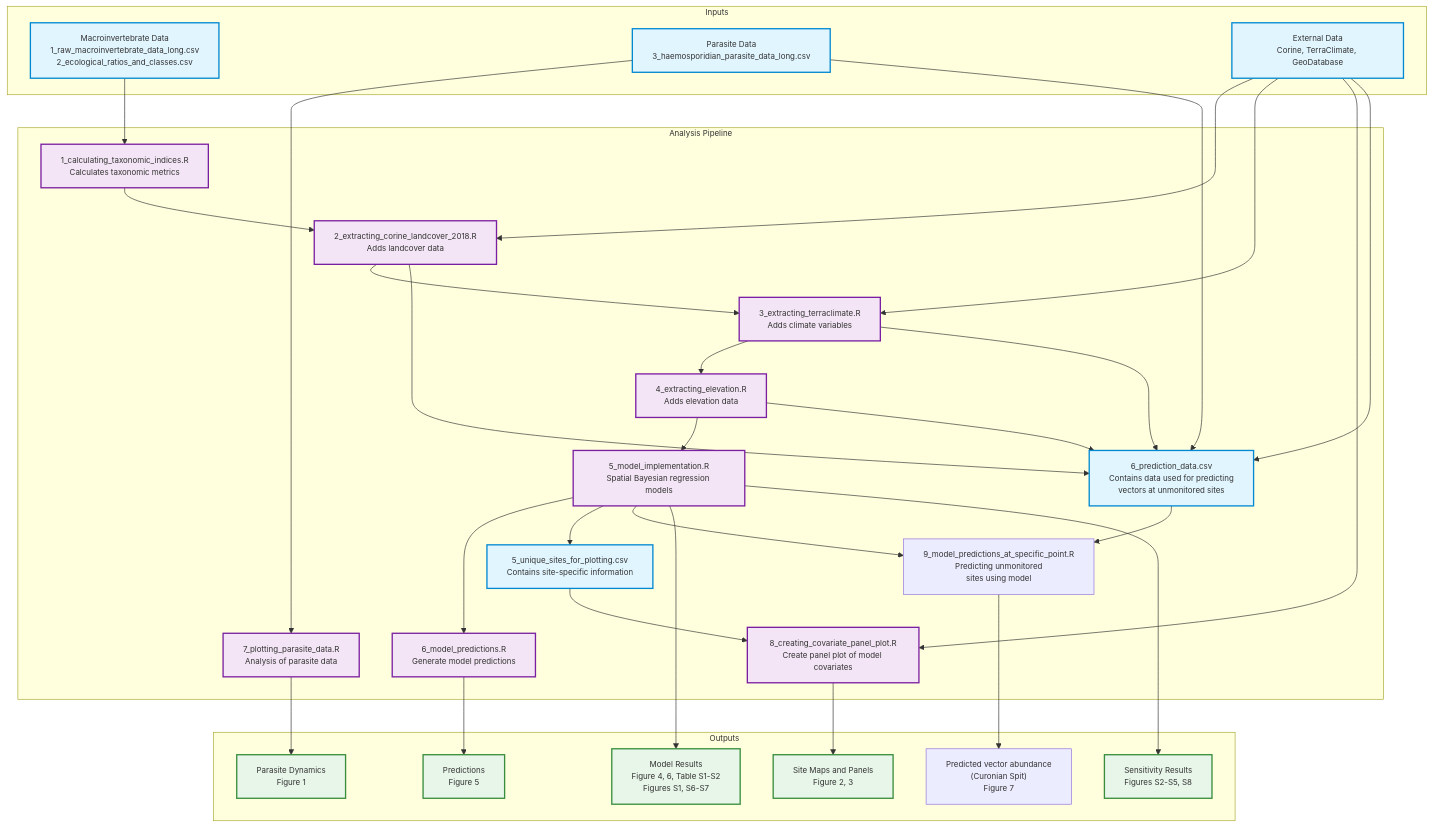
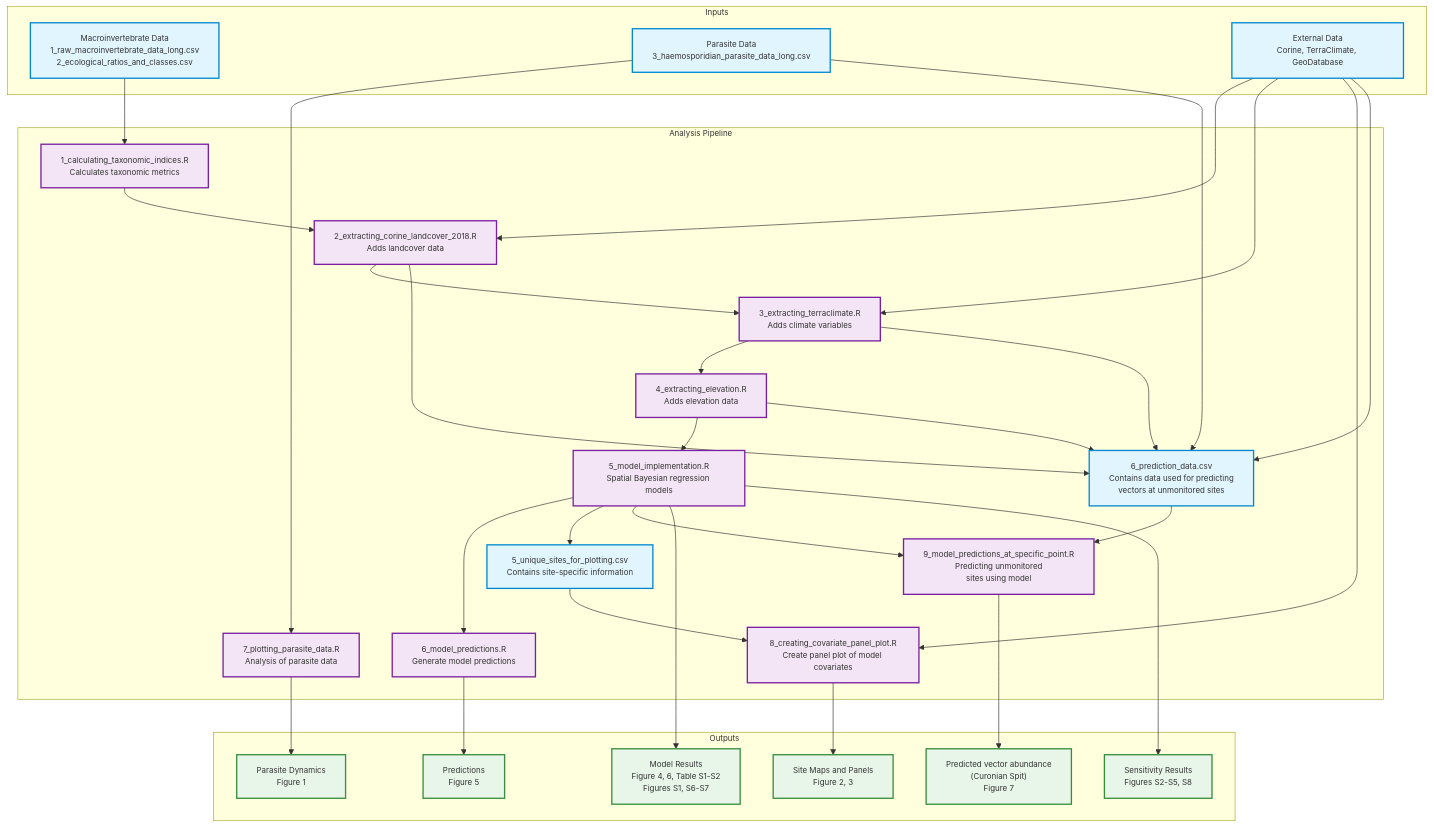
One commit to HeeeyNathan/Predicting_vector_abundance_in_Lithuania changed the diagram in README.md. Above: the diagram before and after it, drawn with Mermaid.

Commit message:
final final final read.me

````diff
--- a/README.md
+++ b/README.md
@@ -177,52 +177,52 @@
 ``` mermaid
 %%{init: {'themeVariables': { 'fontSize': '12px'}}}%%
 %%{init: {'themeVariables': { 'nodePadding': 14}}}%%
 graph TD
     subgraph Inputs
         R["Macroinvertebrate Data<br/>1_raw_macroinvertebrate_data_long.csv<br/>2_ecological_ratios_and_classes.csv"]
         P["Parasite Data<br/>3_haemosporidian_parasite_data_long.csv"]
         E["External Data<br/>Corine, TerraClimate, GeoDatabase"]
     end
     
     subgraph Analysis Pipeline
         R --> S1["1_calculating_taxonomic_indices.R<br/>Calculates taxonomic metrics"]
         S1 --> S2["2_extracting_corine_landcover_2018.R<br/>Adds landcover data"]
         E --> S2
         S2 --> S3["3_extracting_terraclimate.R<br/>Adds climate variables"]
         E --> S3
         S3 --> S4["4_extracting_elevation.R<br/>Adds elevation data"]
         S4 --> S5["5_model_implementation.R<br/>Spatial Bayesian regression models"]
         S5 --> S6["6_model_predictions.R<br/>Generate model predictions"]
         S5 --> Sites["5_unique_sites_for_plotting.csv<br/>Contains site-specific information"]
         Sites --> S8["8_creating_covariate_panel_plot.R<br/>Create panel plot of model covariates"]
         E --> S8
         P --> S7["7_plotting_parasite_data.R<br/>Analysis of parasite data"]
-        P --> map_preds["6_prediction_data.csv<br/>Contains data used for predicting<br/>vectors at unmonitored sites"]
-        E --> map_preds
-        S2 --> map_preds
-        S3 --> map_preds
-        S4 --> map_preds
-        map_preds --> S9["9_model_predictions_at_specific_point.R<br/>Predicting unmonitored<br/>sites using model"]
+        P --> Predictions["6_prediction_data.csv<br/>Contains data used for predicting<br/>vectors at unmonitored sites"]
+        E --> Predictions
+        S2 --> Predictions
+        S3 --> Predictions
+        S4 --> Predictions
+        Predictions --> S9["9_model_predictions_at_specific_point.R<br/>Predicting unmonitored<br/>sites using model"]
         S5 --> S9
     end
     
     subgraph Outputs
         S5 --> O1["Model Results<br/>Figure 4, 6, Table S1-S2<br/>Figures S1, S6-S7"]
         S5 --> O2["Sensitivity Results<br/>Figures S2-S5, S8"]
         S6 --> O3["Predictions<br/>Figure 5"]
         S7 --> O4["Parasite Dynamics<br/>Figure 1"]
         S8 --> O5["Site Maps and Panels<br/>Figure 2, 3"]
         S9 --> O6["Predicted vector abundance<br/>(Curonian Spit)<br/>Figure 7"]
     end
     
     %% Styling
     classDef input fill:#e1f5fe,stroke:#0288d1,stroke-width:2px;
     classDef script fill:#f3e5f5,stroke:#7b1fa2,stroke-width:2px;
     classDef output fill:#e8f5e9,stroke:#388e3c,stroke-width:2px;
     classDef intermediate fill:#e1f5fe,stroke:#0288d1,stroke-width:2px;
     
     class R,P,E input;
-    class S1,S2,S3,S4,S5,S6,S7,S8 script;
-    class O1,O2,O3,O4,O5 output;
-    class Sites,map_preds intermediate;
+    class S1,S2,S3,S4,S5,S6,S7,S8,S9 script;
+    class O1,O2,O3,O4,O5,O6 output;
+    class Sites,Predictions intermediate;
 ```
````
